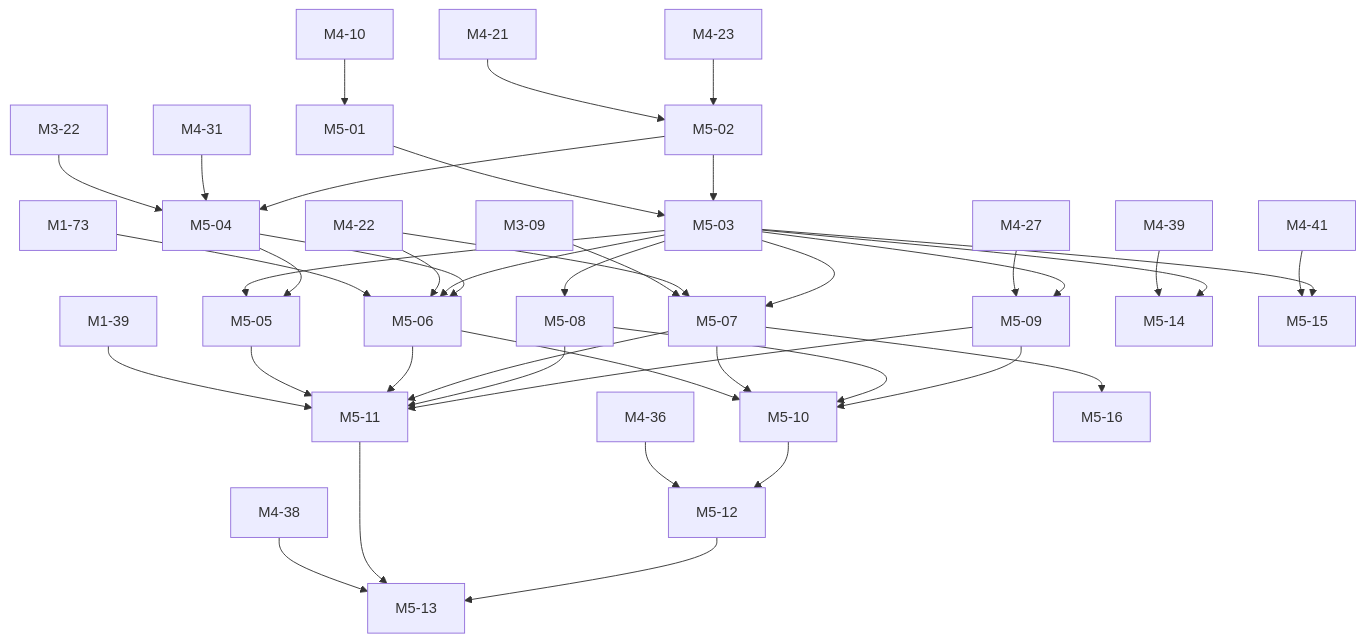
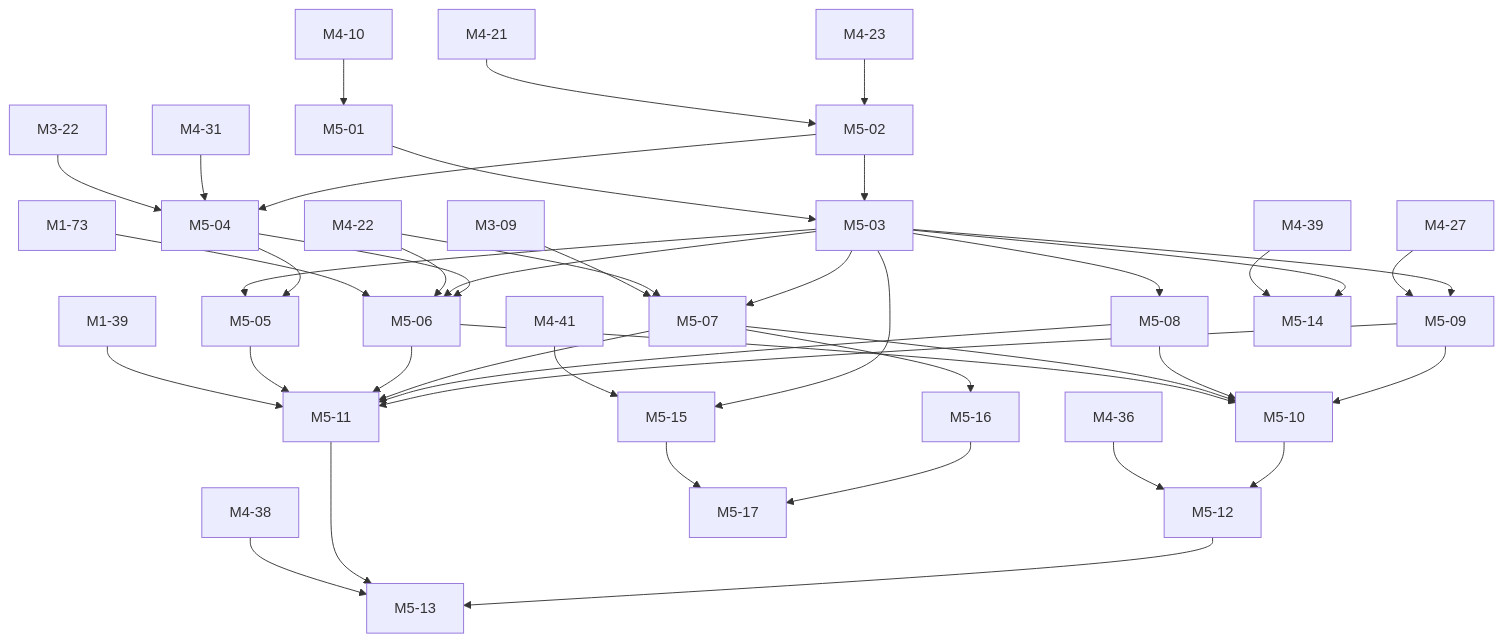
One commit to mguttmann/bothy changed the fifth of 8 diagrams in docs/briefs/README.md. Above: the diagram before and after it, drawn with Mermaid. The commit also changed other lines of this file and 127 other files, not shown here.

````diff
--- a/docs/briefs/README.md
+++ b/docs/briefs/README.md
@@ -1096,73 +1097,76 @@
 ```mermaid
 flowchart TB
   M1_39["M1-39"]
   M1_73["M1-73"]
   M3_09["M3-09"]
   M3_22["M3-22"]
   M4_10["M4-10"]
   M4_21["M4-21"]
   M4_22["M4-22"]
   M4_23["M4-23"]
   M4_27["M4-27"]
   M4_31["M4-31"]
   M4_36["M4-36"]
   M4_38["M4-38"]
   M4_39["M4-39"]
   M4_41["M4-41"]
   M5_01["M5-01"]
   M5_02["M5-02"]
   M5_03["M5-03"]
   M5_04["M5-04"]
   M5_05["M5-05"]
   M5_06["M5-06"]
   M5_07["M5-07"]
   M5_08["M5-08"]
   M5_09["M5-09"]
   M5_10["M5-10"]
   M5_11["M5-11"]
   M5_12["M5-12"]
   M5_13["M5-13"]
   M5_14["M5-14"]
   M5_15["M5-15"]
   M5_16["M5-16"]
+  M5_17["M5-17"]
   M4_10 --> M5_01
   M4_21 --> M5_02
   M4_23 --> M5_02
   M5_01 --> M5_03
   M5_02 --> M5_03
   M3_22 --> M5_04
   M4_31 --> M5_04
   M5_02 --> M5_04
   M5_03 --> M5_05
   M5_04 --> M5_05
   M1_73 --> M5_06
   M4_22 --> M5_06
   M5_03 --> M5_06
   M5_04 --> M5_06
   M3_09 --> M5_07
   M4_22 --> M5_07
   M5_03 --> M5_07
   M5_03 --> M5_08
   M4_27 --> M5_09
   M5_03 --> M5_09
   M5_06 --> M5_10
   M5_07 --> M5_10
   M5_08 --> M5_10
   M5_09 --> M5_10
   M1_39 --> M5_11
   M5_05 --> M5_11
   M5_06 --> M5_11
   M5_07 --> M5_11
   M5_08 --> M5_11
   M5_09 --> M5_11
   M4_36 --> M5_12
   M5_10 --> M5_12
   M4_38 --> M5_13
   M5_11 --> M5_13
   M5_12 --> M5_13
   M4_39 --> M5_14
   M5_03 --> M5_14
   M4_41 --> M5_15
   M5_03 --> M5_15
   M5_07 --> M5_16
+  M5_15 --> M5_17
+  M5_16 --> M5_17
 ```
````
